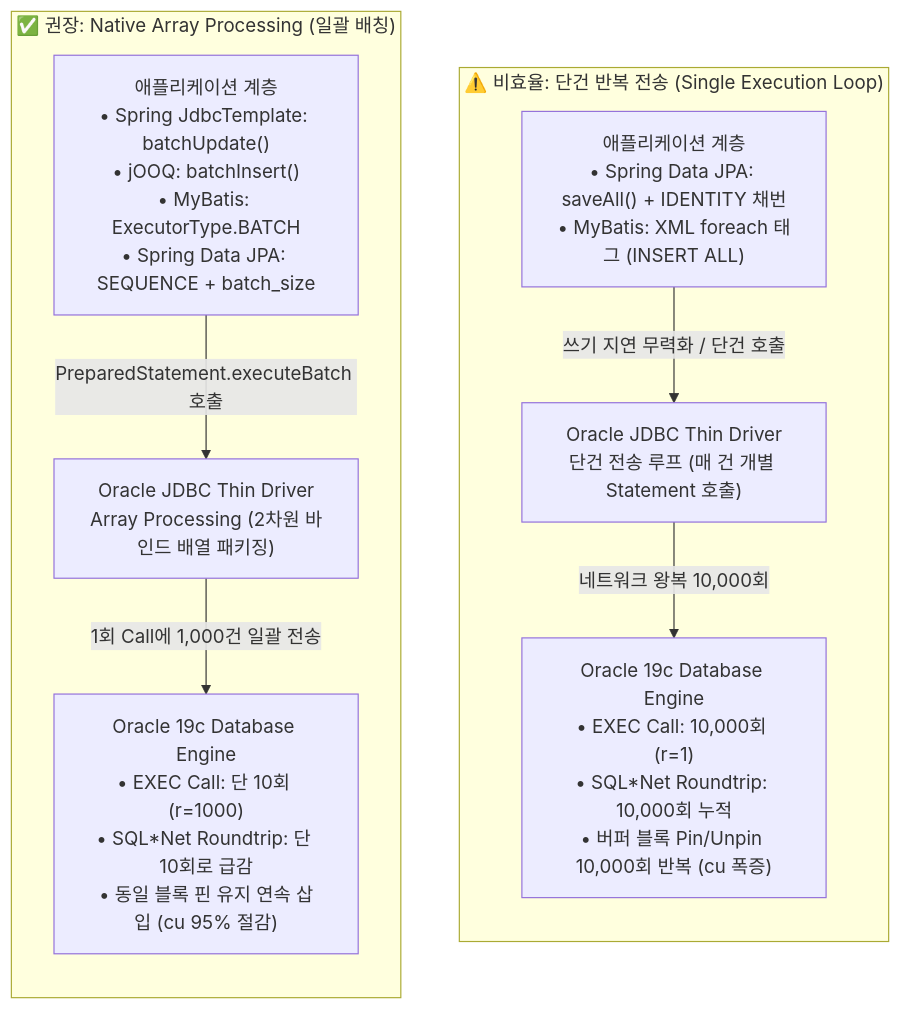
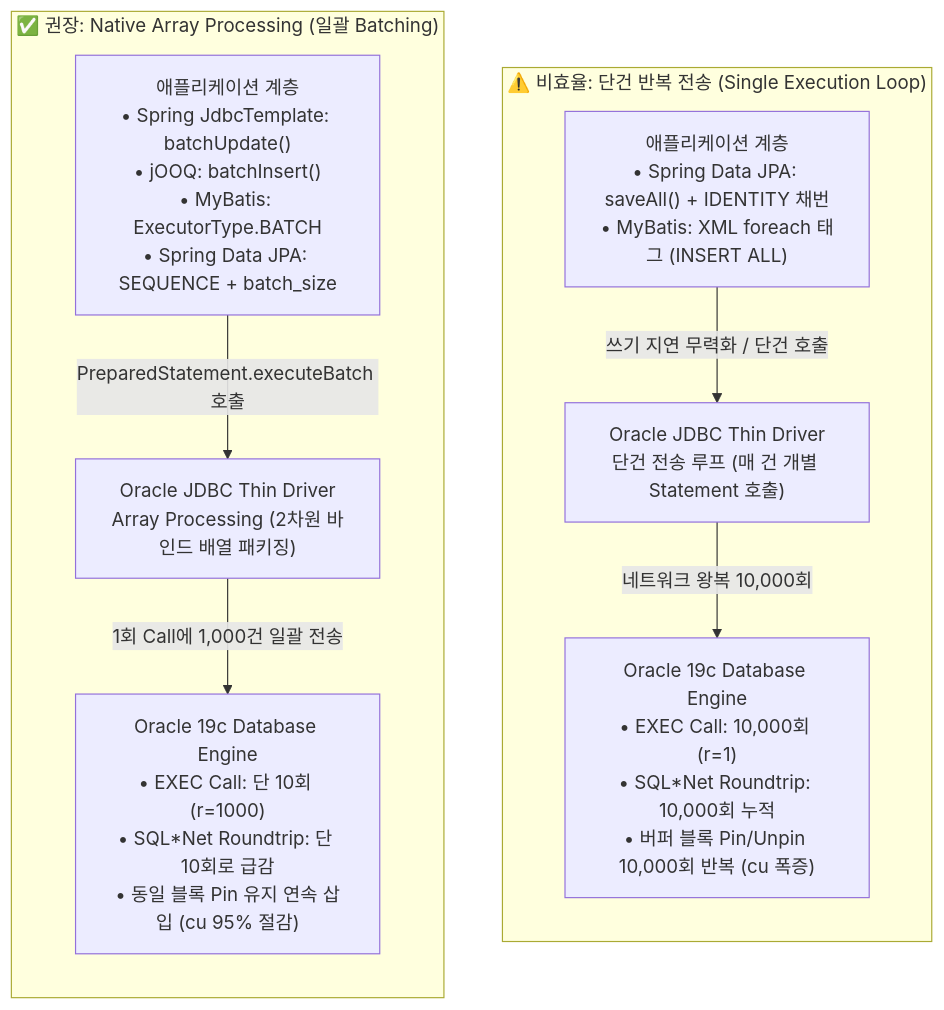
One commit to djpibo/djpibo.github.io changed the diagram in docs/dbms/oracle/bulk-insert-batching-and-oracle-verification.md. Above: the diagram before and after it, drawn with Mermaid. The commit also changed other lines of this file and 14 other files, not shown here.

````diff
--- a/docs/dbms/oracle/bulk-insert-batching-and-oracle-verification.md
+++ b/docs/dbms/oracle/bulk-insert-batching-and-oracle-verification.md
@@ -46,20 +46,20 @@
 ```mermaid
 flowchart TB
     subgraph BAD["⚠️ 비효율: 단건 반복 전송 (Single Execution Loop)"]
         direction TB
         B_APP["애플리케이션 계층<br/>• Spring Data JPA: saveAll() + IDENTITY 채번<br/>• MyBatis: XML foreach 태그 (INSERT ALL)"]
         B_DRV["Oracle JDBC Thin Driver<br/>단건 전송 루프 (매 건 개별 Statement 호출)"]
         B_DB["Oracle 19c Database Engine<br/>• EXEC Call: 10,000회 (r=1)<br/>• SQL*Net Roundtrip: 10,000회 누적<br/>• 버퍼 블록 Pin/Unpin 10,000회 반복 (cu 폭증)"]
         B_APP -->|"쓰기 지연 무력화 / 단건 호출"| B_DRV
         B_DRV -->|"네트워크 왕복 10,000회"| B_DB
     end
 
-    subgraph GOOD["✅ 권장: Native Array Processing (일괄 배칭)"]
+    subgraph GOOD["✅ 권장: Native Array Processing (일괄 Batching)"]
         direction TB
         G_APP["애플리케이션 계층<br/>• Spring JdbcTemplate: batchUpdate()<br/>• jOOQ: batchInsert()<br/>• MyBatis: ExecutorType.BATCH<br/>• Spring Data JPA: SEQUENCE + batch_size"]
         G_DRV["Oracle JDBC Thin Driver<br/>Array Processing (2차원 바인드 배열 패키징)"]
-        G_DB["Oracle 19c Database Engine<br/>• EXEC Call: 단 10회 (r=1000)<br/>• SQL*Net Roundtrip: 단 10회로 급감<br/>• 동일 블록 핀 유지 연속 삽입 (cu 95% 절감)"]
+        G_DB["Oracle 19c Database Engine<br/>• EXEC Call: 단 10회 (r=1000)<br/>• SQL*Net Roundtrip: 단 10회로 급감<br/>• 동일 블록 Pin 유지 연속 삽입 (cu 95% 절감)"]
         G_APP -->|"PreparedStatement.executeBatch 호출"| G_DRV
         G_DRV -->|"1회 Call에 1,000건 일괄 전송"| G_DB
     end
 ```
````
